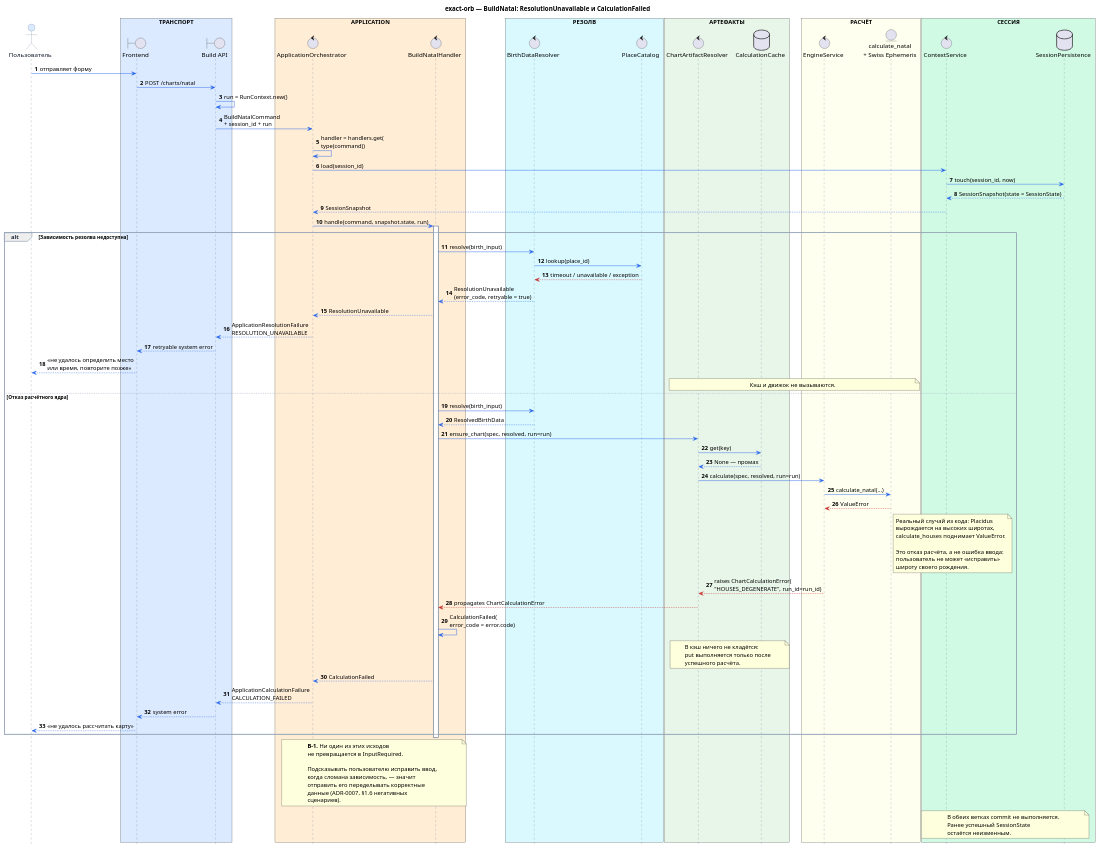
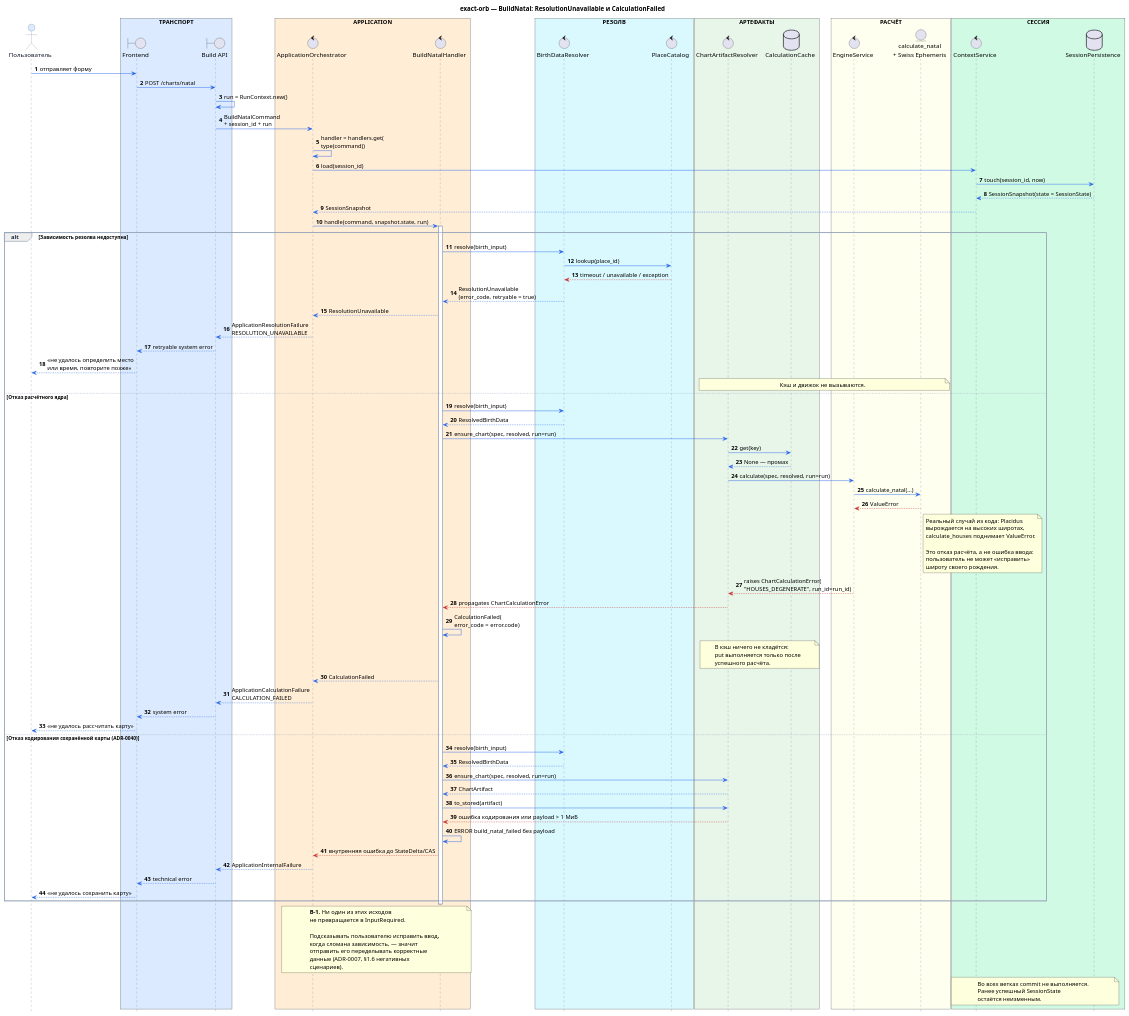
The diagram in docs/sequence_diagrams/build_natal/005-build_natal_technical_failures.puml (ksenia-baranova/exact-orb-demo), drawn with PlantUML before and after one commit. The commit also changed 29 other files, not shown here.

Commit message:
docs: update architecture diagrams, overview, and scenarios

```diff
--- a/docs/sequence_diagrams/build_natal/005-build_natal_technical_failures.puml
+++ b/docs/sequence_diagrams/build_natal/005-build_natal_technical_failures.puml
@@ -1,161 +1,175 @@
 @startuml
 title exact-orb — BuildNatal: ResolutionUnavailable и CalculationFailed
 
 ' Технические отказы. Ключевой инвариант B-1: техническая ошибка
 ' никогда не преобразуется в InputRequired.
 
 autonumber
 hide footbox
 
 skinparam shadowing false
 skinparam responseMessageBelowArrow true
 
 skinparam sequence {
     ArrowColor #2563EB
     LifeLineBorderColor #64748B
     LifeLineBackgroundColor #FFFFFF
 
     ParticipantBorderColor #64748B
     ParticipantFontColor #0F172A
     ParticipantBackgroundColor #F8FAFC
 
     ActorBorderColor #64748B
     ActorFontColor #0F172A
     ActorBackgroundColor #DBEAFE
 
     GroupBorderColor #94A3B8
     GroupHeaderFontColor #1E293B
 
     DividerBorderColor #94A3B8
     DividerFontColor #1E293B
 
     NoteBorderColor #94A3B8
     NoteBackgroundColor #FFFBEA
     NoteFontColor #334155
 }
 
 actor "Пользователь" as User
 
 box "ТРАНСПОРТ" #DBEAFE
     boundary "Frontend" as FE
     boundary "Build API" as API
 end box
 
 box "APPLICATION" #FFEDD5
     control "ApplicationOrchestrator" as Orch
     control "BuildNatalHandler" as Handler
 end box
 
 box "РЕЗОЛВ" #D9F9FF
     control "BirthDataResolver" as Resolver
     control "PlaceCatalog" as Places
 end box
 
 box "АРТЕФАКТЫ" #E8F5E9
     control "ChartArtifactResolver" as Artifacts
     database "CalculationCache" as Cache
 end box
 
 box "РАСЧЁТ" #FFFFF0
     control "EngineService" as Engine
     entity "calculate_natal\n+ Swiss Ephemeris" as Swiss
 end box
 
 box "СЕССИЯ" #D1FAE5
     control "ContextService" as Context
     database "SessionPersistence" as Store
 end box
 
 
 User -> FE : отправляет форму
 FE -> API : POST /charts/natal
 API -> API : run = RunContext.new()
 API -> Orch : BuildNatalCommand\n+ session_id + run
 
 Orch -> Orch : handler = handlers.get(\ntype(command))
 Orch -> Context : load(session_id)
 Context -> Store : touch(session_id, now)
 Store --> Context : SessionSnapshot(state = SessionState)
 Context --> Orch : SessionSnapshot
 
 Orch -> Handler : handle(command, snapshot.state, run)
 activate Handler
 
 
 alt Зависимость резолва недоступна
 
     Handler -> Resolver : resolve(birth_input)
     Resolver -> Places : lookup(place_id)
     Places -[#C62828]-> Resolver : timeout / unavailable / exception
 
     Resolver --> Handler : ResolutionUnavailable\n(error_code, retryable = true)
     Handler --> Orch : ResolutionUnavailable
 
     Orch --> API : ApplicationResolutionFailure\nRESOLUTION_UNAVAILABLE
     API --> FE : retryable system error
     FE --> User : «не удалось определить место\nили время, повторите позже»
 
     note over Artifacts, Swiss
     Кэш и движок не вызываются.
     end note
 
 else Отказ расчётного ядра
 
     Handler -> Resolver : resolve(birth_input)
     Resolver --> Handler : ResolvedBirthData
 
     Handler -> Artifacts : ensure_chart(spec, resolved, run=run)
     Artifacts -> Cache : get(key)
     Cache --> Artifacts : None — промах
 
     Artifacts -> Engine : calculate(spec, resolved, run=run)
     Engine -> Swiss : calculate_natal(...)
     Swiss -[#C62828]-> Engine : ValueError
 
     note right of Swiss
     Реальный случай из кода: Placidus
     вырождается на высоких широтах,
     calculate_houses поднимает ValueError.
 
     Это отказ расчёта, а не ошибка ввода:
     пользователь не может «исправить»
     широту своего рождения.
     end note
 
     Engine -[#C62828]-> Artifacts : raises ChartCalculationError(\n"HOUSES_DEGENERATE", run_id=run_id)
     Artifacts -[#C62828]-> Handler : propagates ChartCalculationError
     Handler -> Handler : CalculationFailed(\nerror_code = error.code)
 
     note over Artifacts, Cache
     В кэш ничего не кладётся:
     put выполняется только после
     успешного расчёта.
     end note
 
     Handler --> Orch : CalculationFailed
     Orch --> API : ApplicationCalculationFailure\nCALCULATION_FAILED
     API --> FE : system error
     FE --> User : «не удалось рассчитать карту»
 
+else Отказ кодирования сохранённой карты (ADR-0040)
+
+    Handler -> Resolver : resolve(birth_input)
+    Resolver --> Handler : ResolvedBirthData
+    Handler -> Artifacts : ensure_chart(spec, resolved, run=run)
+    Artifacts --> Handler : ChartArtifact
+    Handler -> Artifacts : to_stored(artifact)
+    Artifacts -[#C62828]-> Handler : ошибка кодирования или payload > 1 МиБ
+    Handler -> Handler : ERROR build_natal_failed без payload
+    Handler -[#C62828]-> Orch : внутренняя ошибка до StateDelta/CAS
+    Orch --> API : ApplicationInternalFailure
+    API --> FE : technical error
+    FE --> User : «не удалось сохранить карту»
+
 end
 
 deactivate Handler
 
 note over Handler, Orch
 **B-1.** Ни один из этих исходов
 не превращается в InputRequired.
 
 Подсказывать пользователю исправить ввод,
 когда сломана зависимость, — значит
 отправить его переделывать корректные
 данные (ADR-0007, §1.6 негативных
 сценариев).
 end note
 
 note over Context, Store
-В обеих ветках commit не выполняется.
+Во всех ветках commit не выполняется.
 Ранее успешный SessionState
 остаётся неизменным.
 end note
 
 @enduml
```
